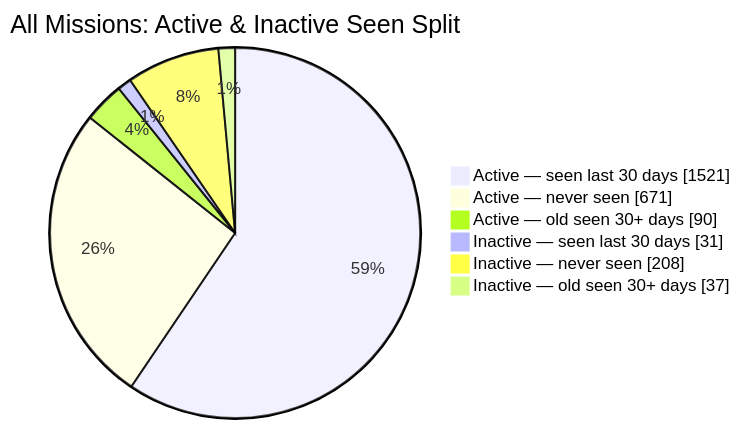
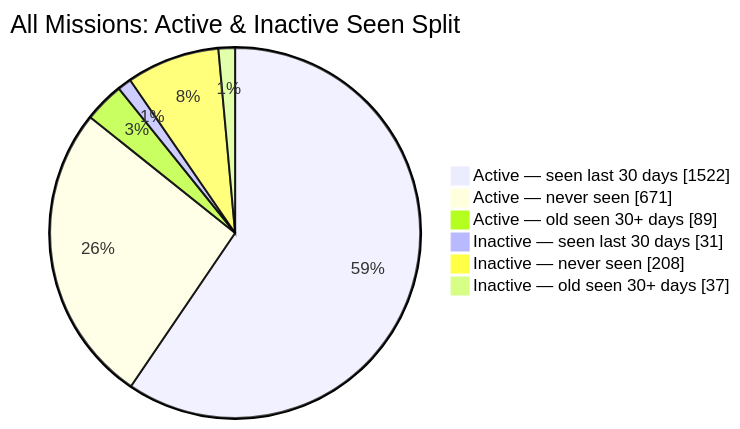
The second of 2 diagrams in README.md (MeldkamerspelGameTeam/active-missions), drawn with Mermaid before and after one commit. The commit also changed other lines of this file and 2 other files, not shown here.

````diff
--- a/README.md
+++ b/README.md
@@ -44,10 +44,10 @@
 ```mermaid
 pie showData
     title All Missions: Active & Inactive Seen Split
-    "Active — seen last 30 days" : 1521
+    "Active — seen last 30 days" : 1522
     "Active — never seen" : 671
-    "Active — old seen 30+ days" : 90
+    "Active — old seen 30+ days" : 89
     "Inactive — seen last 30 days" : 31
     "Inactive — never seen" : 208
     "Inactive — old seen 30+ days" : 37
 ```
````
